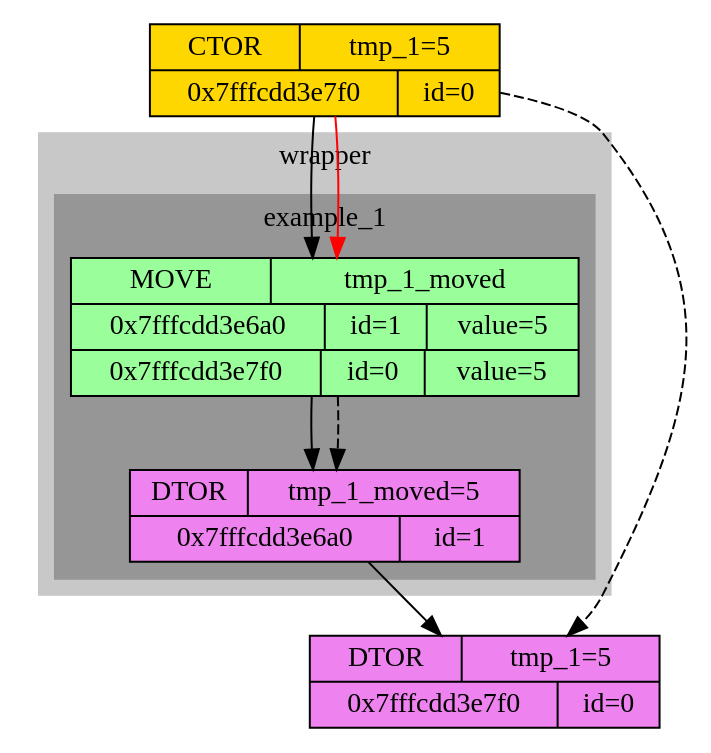
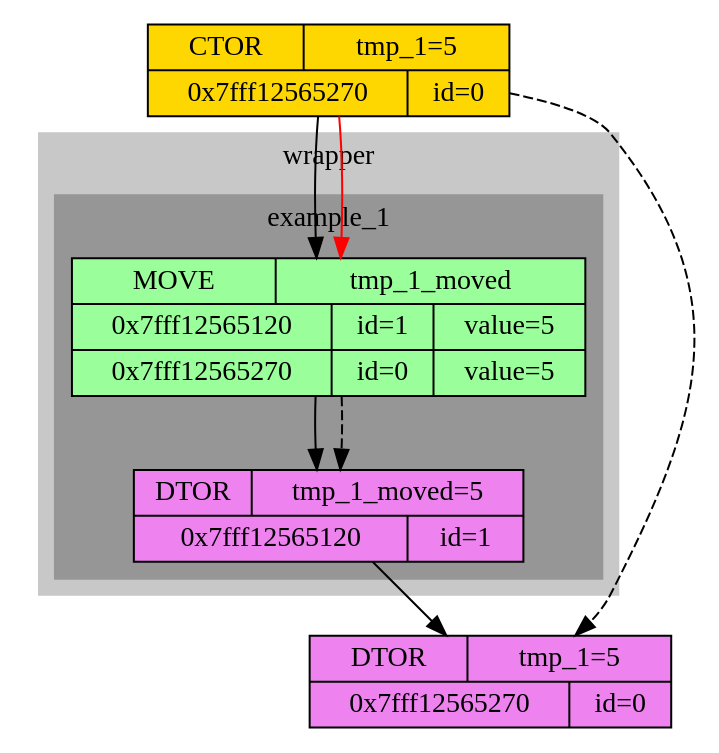
Before and after one commit to x-ENIAC/MIPT_projects_4_sem: the diagram in Move&forward_research/new.dot, drawn with Graphviz. The commit also changed 3 other files, not shown here.

```diff
--- a/Move&forward_research/new.dot
+++ b/Move&forward_research/new.dot
@@ -1,26 +1,26 @@
 digraph graphname {
-	node0CTOR [shape="record", style="filled", fillcolor="gold", label="{{CTOR | tmp_1=5}|{0x7fffcdd3e7f0 | id=0}}"]
+	node0CTOR [shape="record", style="filled", fillcolor="gold", label="{{CTOR | tmp_1=5}|{0x7fff12565270 | id=0}}"]
 
 subgraph "cluster_0" {
 	style=filled;
 	color="#c8c8c8";
 	
 subgraph "cluster_1" {
 	style=filled;
 	color="#969696";
-		node1MOVE  [shape="record", style="filled", fillcolor="palegreen1" label="{{MOVE | tmp_1_moved}|{0x7fffcdd3e6a0 | id=1 | value=5}|{0x7fffcdd3e7f0 | id=0 | value=5}}"]
-	node1DTOR [shape="record", style="filled", fillcolor="violet", label="{{DTOR | tmp_1_moved=5}|{0x7fffcdd3e6a0 | id=1}}"]
+		node1MOVE  [shape="record", style="filled", fillcolor="palegreen1" label="{{MOVE | tmp_1_moved}|{0x7fff12565120 | id=1 | value=5}|{0x7fff12565270 | id=0 | value=5}}"]
+	node1DTOR [shape="record", style="filled", fillcolor="violet", label="{{DTOR | tmp_1_moved=5}|{0x7fff12565120 | id=1}}"]
 	label = "example_1" 
 }
 
 	label = "wrapper" 
 }
 
-	node0DTOR [shape="record", style="filled", fillcolor="violet", label="{{DTOR | tmp_1=5}|{0x7fffcdd3e7f0 | id=0}}"]
+	node0DTOR [shape="record", style="filled", fillcolor="violet", label="{{DTOR | tmp_1=5}|{0x7fff12565270 | id=0}}"]
 	node0CTOR -> node1MOVE
 	node0CTOR -> node1MOVE [color="red"]
 	node1MOVE -> node1DTOR
 	node1MOVE -> node1DTOR [style="dashed"]
 	node1DTOR -> node0DTOR
 	node0CTOR -> node0DTOR [style="dashed"]
 }
```
